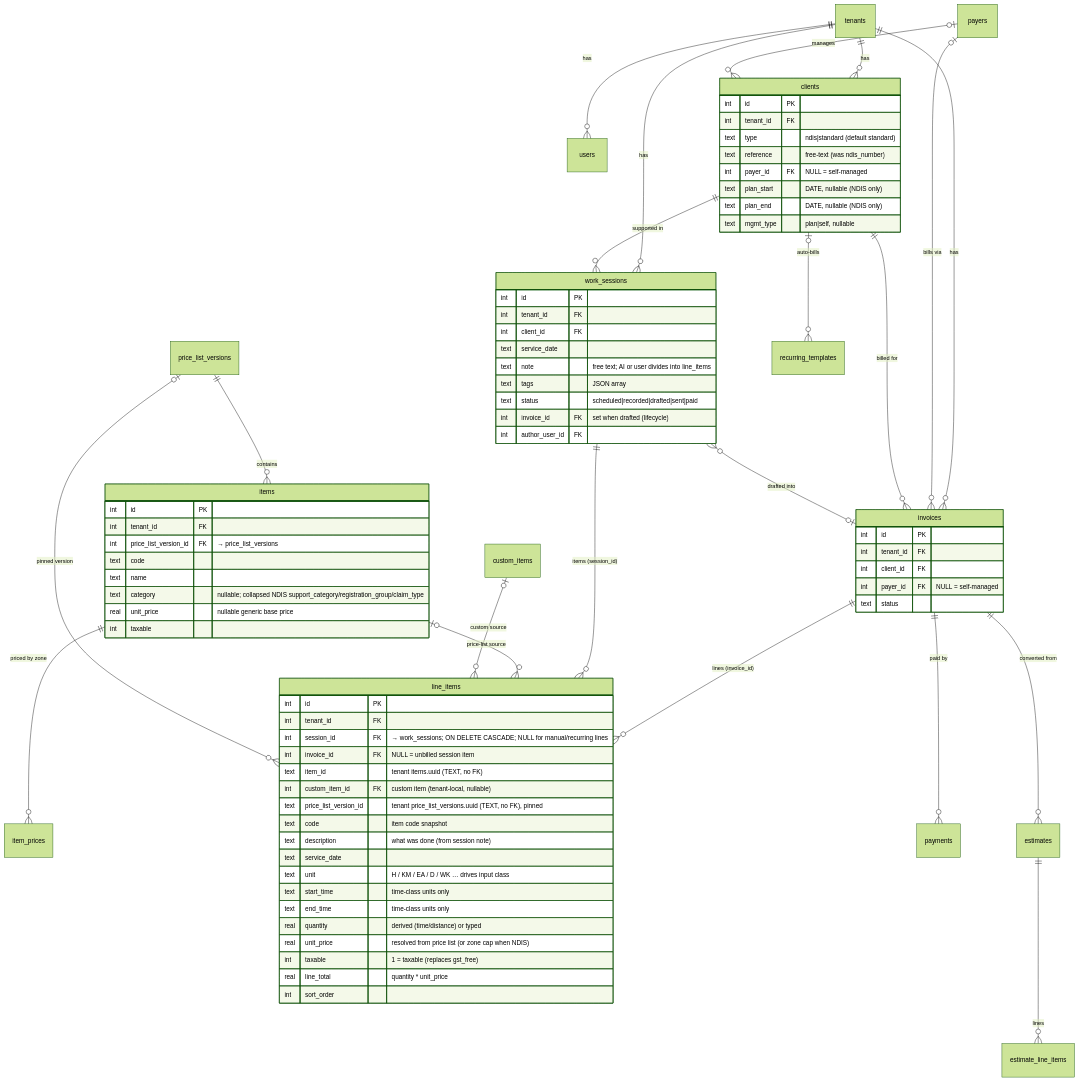
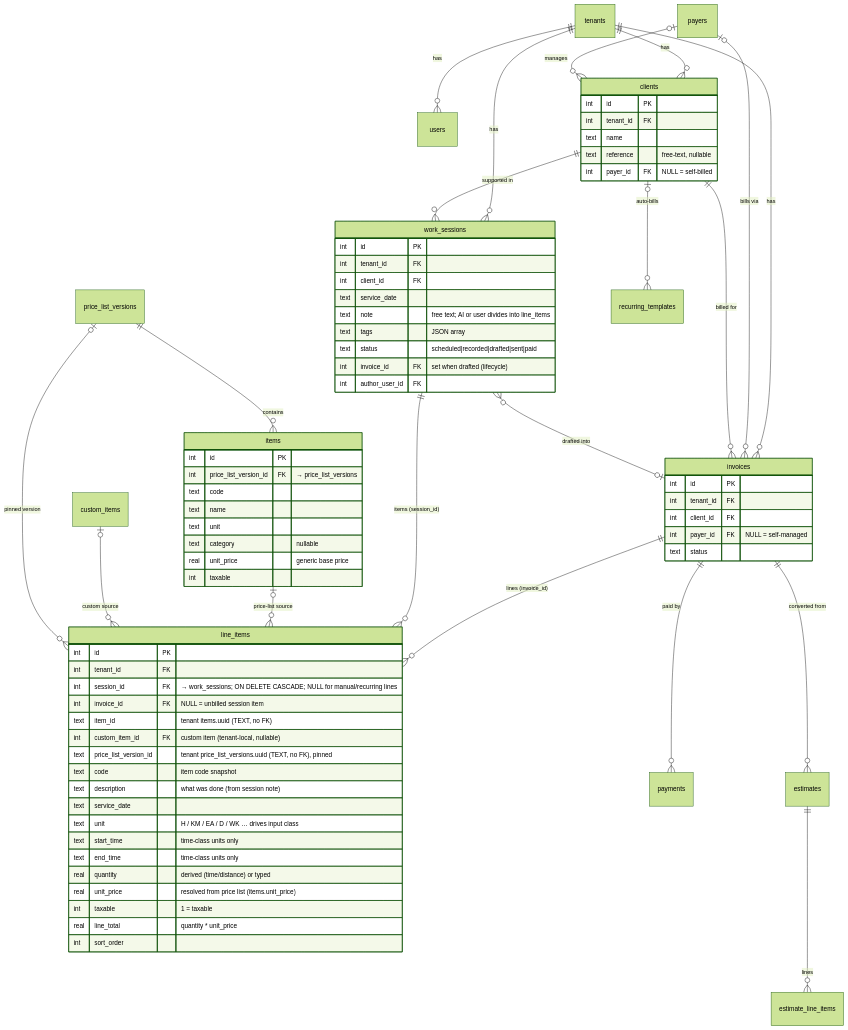
Before and after one commit to dknathalage/tallyo: the diagram in docs/data-model.md, drawn with Mermaid (forest theme). The commit also changed other lines of this file and 3 other files, not shown here.

````diff
--- a/docs/data-model.md
+++ b/docs/data-model.md
@@ -42,7 +42,6 @@
     clients ||--o{ invoices : "billed for"
 
     price_list_versions ||--o{ items : contains
-    items ||--o{ item_prices : "priced by zone"
 
     invoices ||--o{ line_items : "lines (invoice_id)"
     work_sessions ||--o{ line_items : "items (session_id)"
@@ -71,8 +70,8 @@
         text    start_time "time-class units only"
         text    end_time   "time-class units only"
         real    quantity "derived (time/distance) or typed"
-        real    unit_price "resolved from price list (or zone cap when NDIS)"
-        int     taxable "1 = taxable (replaces gst_free)"
+        real    unit_price "resolved from price list (items.unit_price)"
+        int     taxable "1 = taxable"
         real    line_total "quantity * unit_price"
         int     sort_order
     }
@@ -100,22 +99,19 @@
     clients {
         int  id PK
         int  tenant_id FK
-        text type "ndis|standard (default standard)"
-        text reference "free-text (was ndis_number)"
-        int  payer_id FK "NULL = self-managed"
-        text plan_start "DATE, nullable (NDIS only)"
-        text plan_end "DATE, nullable (NDIS only)"
-        text mgmt_type "plan|self, nullable"
+        text name
+        text reference "free-text, nullable"
+        int  payer_id FK "NULL = self-billed"
     }
 
     items {
         int  id PK
-        int  tenant_id FK
         int  price_list_version_id FK "→ price_list_versions"
         text code
         text name
-        text category "nullable; collapsed NDIS support_category/registration_group/claim_type"
-        real unit_price "nullable generic base price"
+        text unit
+        text category "nullable"
+        real unit_price "generic base price"
         int  taxable
     }
 ```
````
